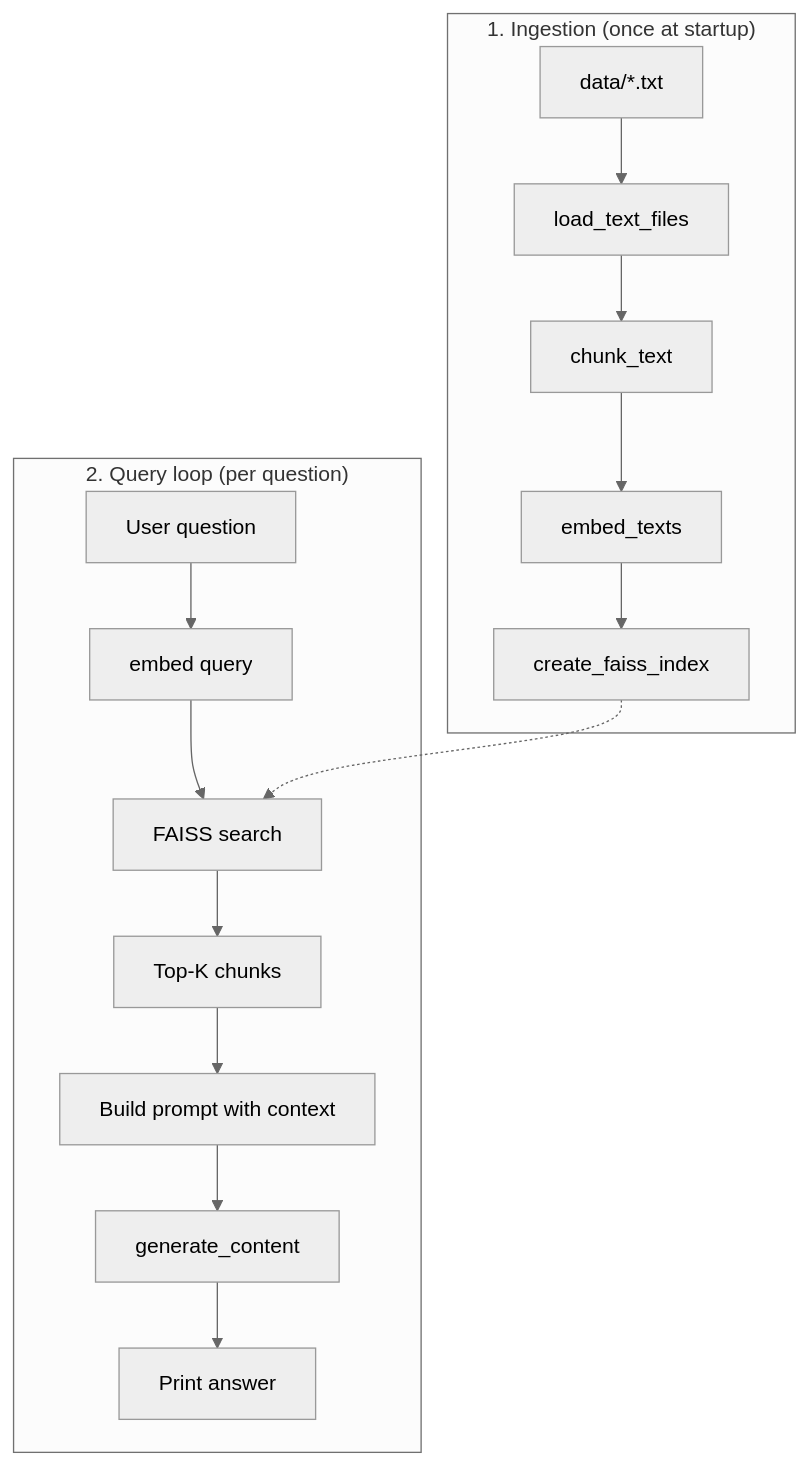
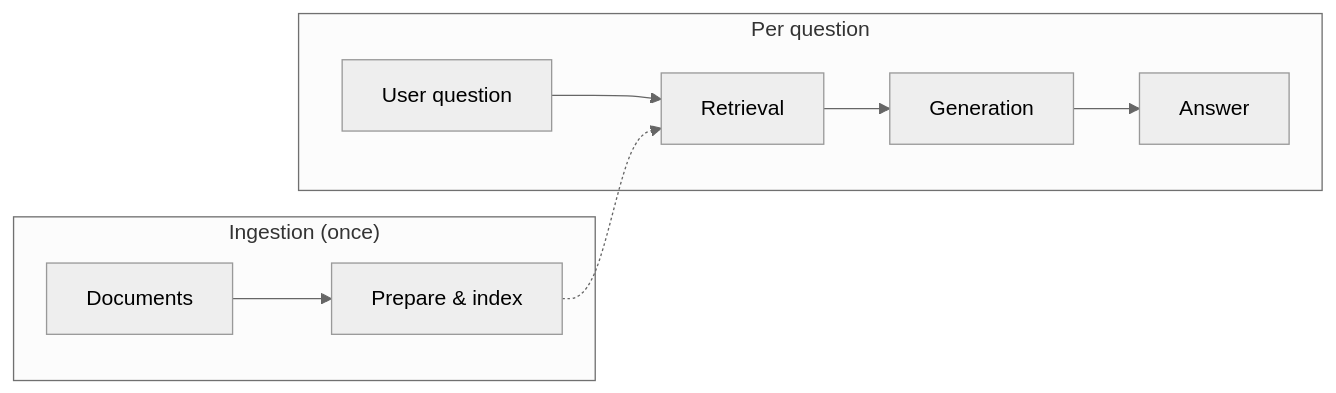
Before and after one commit to costaivo/workshop-rag: the third of 4 diagrams in docs/rag-tutorial-basic.md, drawn with Mermaid (neutral theme). The commit also changed other lines of this file, not shown here.

Commit message:
Revise RAG tutorial documentation for clarity and structure. Update the overview and high-level sections to better explain the RAG process, including the roles of ingestion, retrieval, and generation. Enhance diagrams for improved understanding and streamline the content for better readability.

````diff
--- a/docs/rag-tutorial-basic.md
+++ b/docs/rag-tutorial-basic.md
@@ -43,20 +59,14 @@
 ```mermaid
-flowchart TB
-    subgraph "1. Ingestion (once at startup)"
-        F1[data/*.txt] --> Load
-        Load[load_text_files] --> Chunk[chunk_text]
-        Chunk --> Embed1[embed_texts]
-        Embed1 --> Index[create_faiss_index]
+flowchart LR
+    subgraph Ingest["Ingestion (once)"]
+        A[Documents] --> B[Prepare & index]
     end
 
-    subgraph "2. Query loop (per question)"
-        User[User question] --> Embed2[embed query]
-        Embed2 --> Search[FAISS search]
-        Search --> TopK[Top-K chunks]
-        TopK --> Prompt[Build prompt with context]
-        Prompt --> LLM[generate_content]
-        LLM --> Answer[Print answer]
+    subgraph Query["Per question"]
+        Q[User question] --> R[Retrieval]
+        R --> G[Generation]
+        G --> Ans[Answer]
     end
 
-    Index -.-> Search
+    B -.-> R
 ```
````
